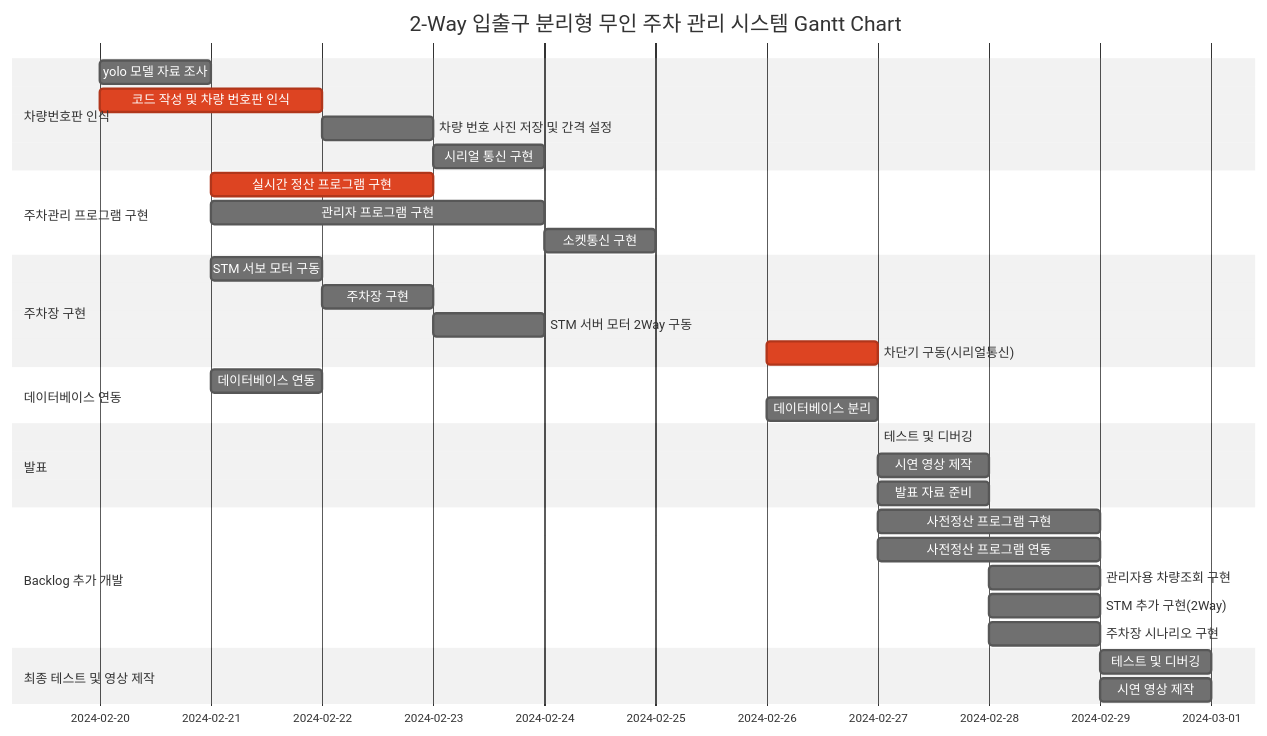
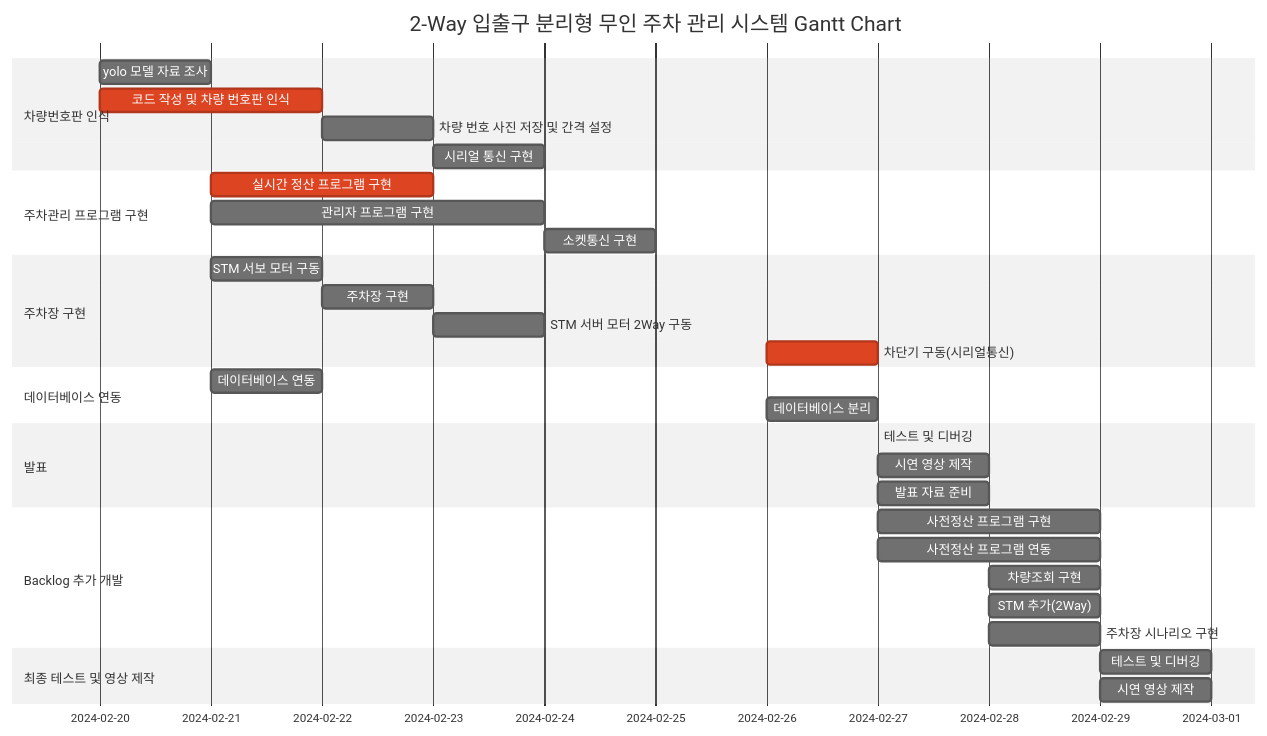
The diagram in README.md (jykimqwer/ParkingManagementSystem), drawn with Mermaid (neutral theme) before and after one commit.

````diff
--- a/README.md
+++ b/README.md
@@ -77,43 +77,43 @@
 ```mermaid
 gantt
     dateFormat  MM-DD-YYYY
     title       2-Way 입출구 분리형 무인 주차 관리 시스템 Gantt Chart
 	
 	section 차량번호판 인식 
 		yolo 모델 자료 조사 :2024-02-20, 1d
                 코드 작성 및 차량 번호판 인식  :crit, 2024-02-20, 2d
 		차량 번호 사진 저장 및 간격 설정 : 2024-02-22, 1d
 		시리얼 통신 구현 : 2024-02-23, 1d
 	
 	section 주차관리 프로그램 구현
 		실시간 정산 프로그램 구현 : crit, 2024-02-21, 2d
 		관리자 프로그램 구현 : 2024-02-21, 3d
 		소켓통신 구현 : 2024-02-24, 1d
 
 	section 주차장 구현
 		STM 서보 모터 구동 : 2024-02-21, 1d
 		주차장 구현 :2024-02-22, 1d
 		STM 서버 모터 2Way 구동 : 2024-02-23, 1d
 		차단기 구동(시리얼통신) : crit, 2024-02-26, 1d
 
 	section 데이터베이스 연동
 		데이터베이스 연동 : 2024-02-21, 1d
 		데이터베이스 분리 : 2024-02-26, 1d
 
 	section 발표
 		테스트 및 디버깅 : 2024-02-26 1d
 		시연 영상 제작 : 2024-02-27, 1d
 		발표 자료 준비 : 2024-02-27, 1d
 
 	section Backlog 추가 개발
                 사전정산 프로그램 구현 : 2024-02-27, 2d
 		사전정산 프로그램 연동 : 2024-02-27, 2d
-		관리자용 차량조회 구현 : 2024-02-28, 1d
-		STM 추가 구현(2Way) : 2024-02-28, 1d
+		차량조회 구현 : 2024-02-28, 1d
+		STM 추가(2Way) : 2024-02-28, 1d
 		주차장 시나리오 구현 : 2024-02-28, 1d
 
 	section 최종 테스트 및 영상 제작
 		테스트 및 디버깅 : 2024-02-29, 1d
 		시연 영상 제작 : 2024-02-29, 1d
 
 ```
````
